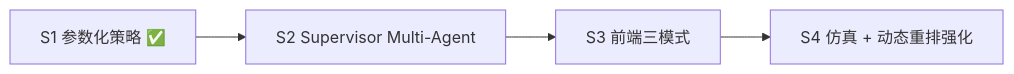
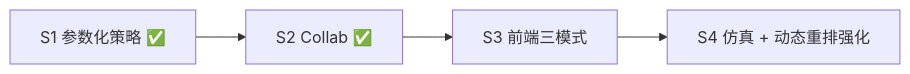
Before and after one commit to earlymessi/metaforge_agent: the sixth of 6 diagrams in README.md, drawn with Mermaid. The commit also changed other lines of this file and 1 other file, not shown here.

Commit message:
docs: mark S2 collab done and record agent migration backlog

````diff
--- a/README.md
+++ b/README.md
@@ -163,6 +200,6 @@
 ```mermaid
 flowchart LR
-    S1[S1 参数化策略 ✅] --> S2[S2 Supervisor Multi-Agent]
+    S1[S1 参数化策略 ✅] --> S2[S2 Collab ✅]
     S2 --> S3[S3 前端三模式]
     S3 --> S4[S4 仿真 + 动态重排强化]
 ```
````
